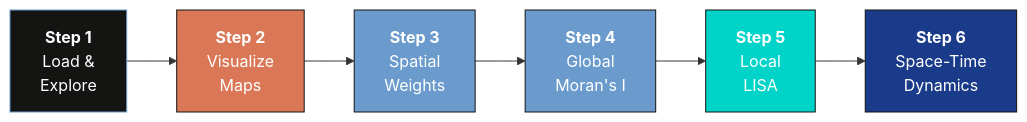
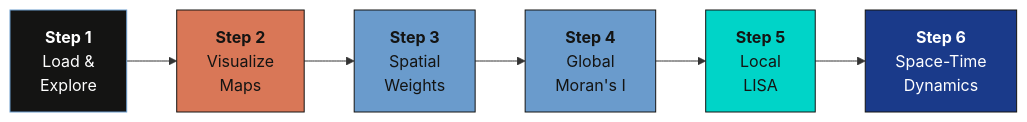
One commit to cmg777/starter-academic-v501 changed the diagram in content/post/python_esda2/index.md. Above: the diagram before and after it, drawn with Mermaid. The commit also changed 67 other files, not shown here.

First line of the commit message:
fix(mermaid): readable diagram text in both themes across the site

````diff
--- a/content/post/python_esda2/index.md
+++ b/content/post/python_esda2/index.md
@@ -241,15 +241,15 @@
 ```mermaid
 graph LR
     A["<b>Step 1</b><br/>Load &<br/>Explore"] --> B["<b>Step 2</b><br/>Visualize<br/>Maps"]
     B --> C["<b>Step 3</b><br/>Spatial<br/>Weights"]
     C --> D["<b>Step 4</b><br/>Global<br/>Moran's I"]
     D --> E["<b>Step 5</b><br/>Local<br/>LISA"]
     E --> F["<b>Step 6</b><br/>Space-Time<br/>Dynamics"]
 
     style A fill:#141413,stroke:#6a9bcc,color:#fff
-    style B fill:#d97757,stroke:#141413,color:#fff
-    style C fill:#6a9bcc,stroke:#141413,color:#fff
-    style D fill:#6a9bcc,stroke:#141413,color:#fff
-    style E fill:#00d4c8,stroke:#141413,color:#fff
+    style B fill:#d97757,stroke:#141413,color:#141413
+    style C fill:#6a9bcc,stroke:#141413,color:#141413
+    style D fill:#6a9bcc,stroke:#141413,color:#141413
+    style E fill:#00d4c8,stroke:#141413,color:#141413
     style F fill:#1a3a8a,stroke:#141413,color:#fff
 ```
````
